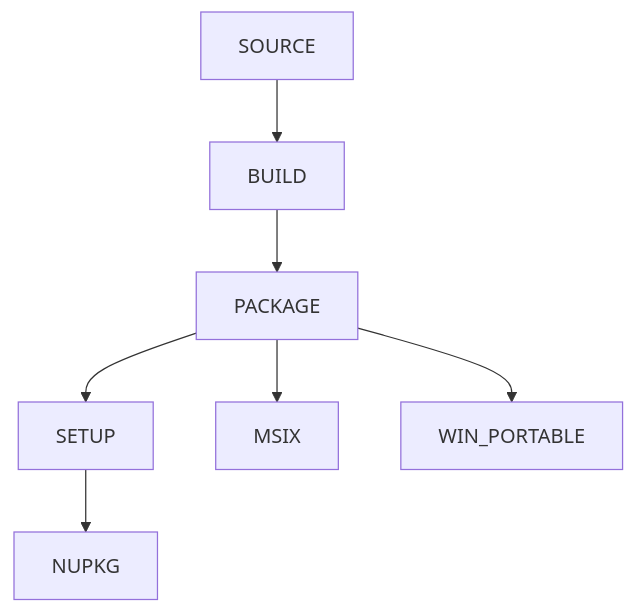
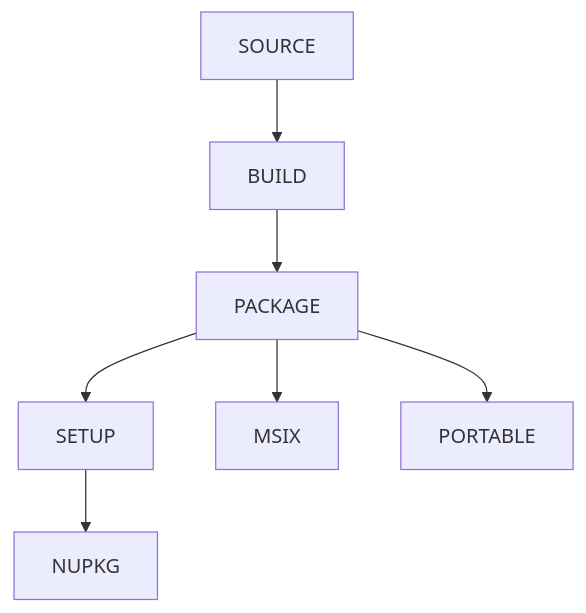
The diagram in README.md (snazzyatoms/sentinel-bsys6), drawn with Mermaid before and after one commit. The commit also changed other lines of this file and 4 other files, not shown here.

Commit message:
rename `WIN_PORTABLE` to `PORTABLE`

````diff
--- a/README.md
+++ b/README.md
@@ -55,5 +55,5 @@
 ```mermaid
 flowchart TB
-    SOURCE --> BUILD --> PACKAGE --> SETUP & MSIX & WIN_PORTABLE
+    SOURCE --> BUILD --> PACKAGE --> SETUP & MSIX & PORTABLE
     SETUP --> NUPKG
 ```
````
